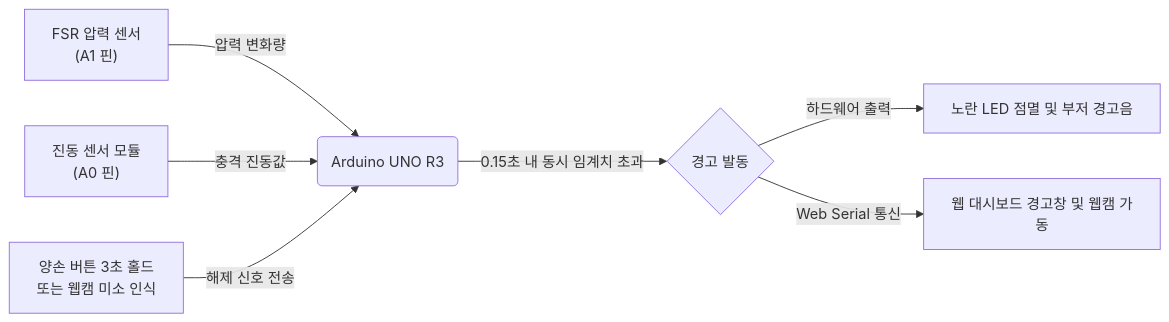
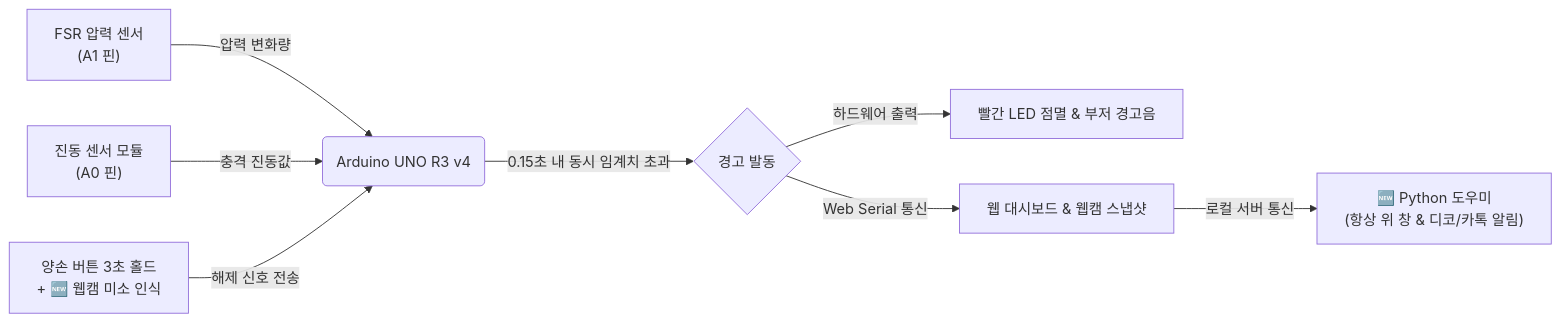
The diagram in README.md (ppowwiuu/keyboard-slam-detector), drawn with Mermaid before and after one commit. The commit also changed other lines of this file, not shown here.

````diff
--- a/README.md
+++ b/README.md
@@ -51,9 +61,10 @@
 ```mermaid
 graph LR
-    A["FSR 압력 센서\n(A1 핀)"] -->|"압력 변화량"| C("Arduino UNO R3")
+    A["FSR 압력 센서\n(A1 핀)"] -->|"압력 변화량"| C("Arduino UNO R3 v4")
     B["진동 센서 모듈\n(A0 핀)"] -->|"충격 진동값"| C
     C -->|"0.15초 내 동시 임계치 초과"| D{"경고 발동"}
-    D -->|"하드웨어 출력"| E["노란 LED 점멸 및 부저 경고음"]
-    D -->|"Web Serial 통신"| F["웹 대시보드 경고창 및 웹캠 가동"]
-    G["양손 버튼 3초 홀드\n또는 웹캠 미소 인식"] -->|"해제 신호 전송"| C
+    D -->|"하드웨어 출력"| E["빨간 LED 점멸 & 부저 경고음"]
+    D -->|"Web Serial 통신"| F["웹 대시보드 & 웹캠 스냅샷"]
+    F -->|"로컬 서버 통신"| H["🆕 Python 도우미\n(항상 위 창 & 디코/카톡 알림)"]
+    G["양손 버튼 3초 홀드\n+ 🆕 웹캠 미소 인식"] -->|"해제 신호 전송"| C
 ```
````
